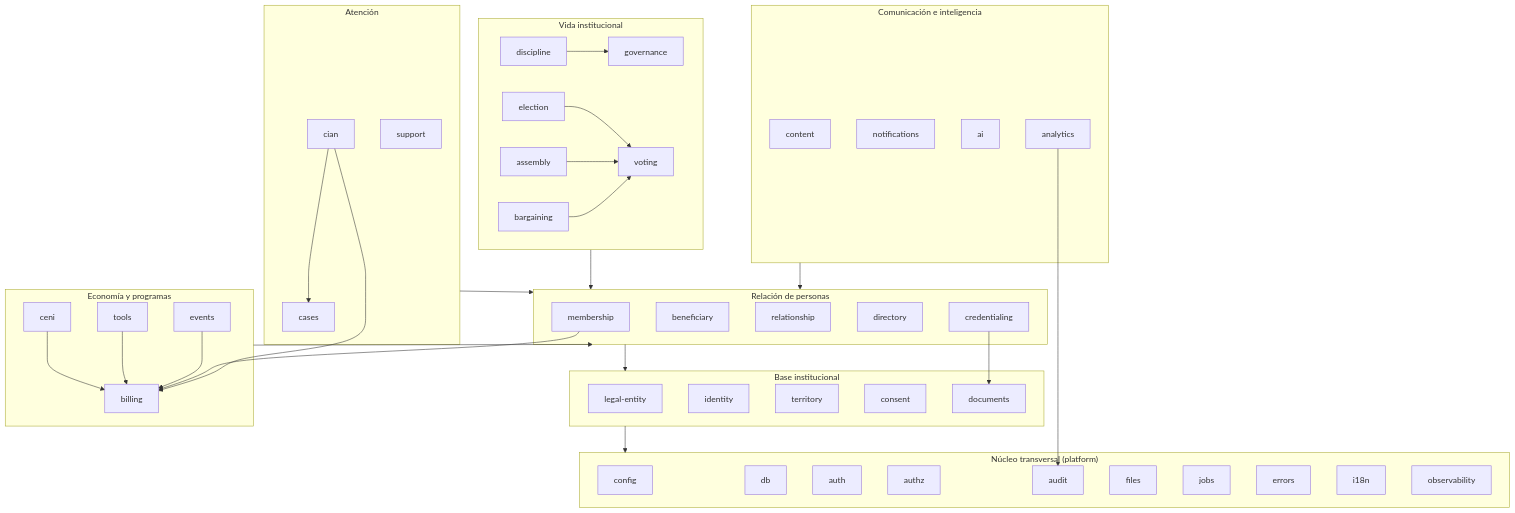
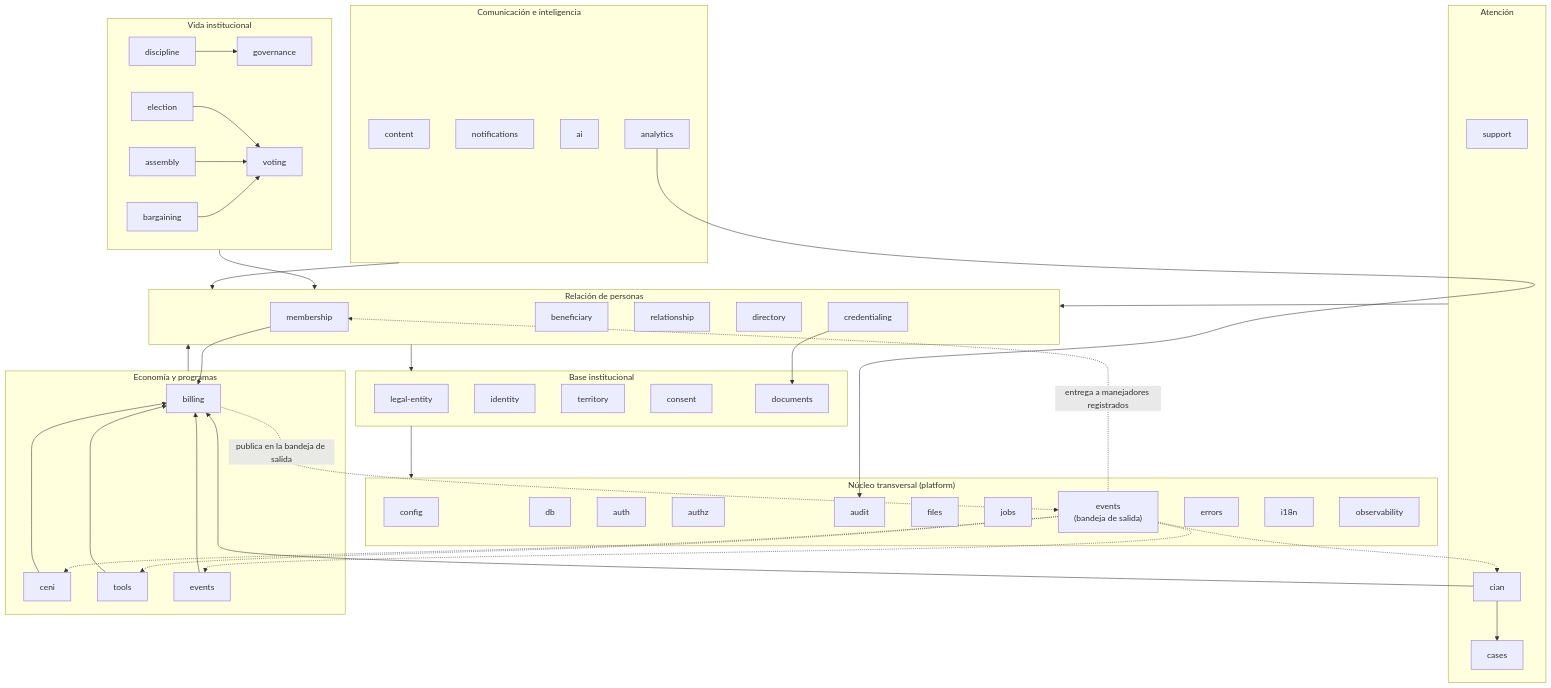
Before and after one commit to Alianza-Indigo/fuerza_indigo: the second of 7 diagrams in docs/ARCHITECTURE.md, drawn with Mermaid. The commit also changed other lines of this file and 14 other files, not shown here.

````diff
--- a/docs/ARCHITECTURE.md
+++ b/docs/ARCHITECTURE.md
@@ -97,6 +97,7 @@
         AUDIT["audit"]
         FILES["files"]
         JOBS["jobs"]
+        EVENTBUS["events<br/>(bandeja de salida)"]
         ERRORS["errors"]
         I18N["i18n"]
         OBS["observability"]
@@ -165,4 +166,10 @@
     CIAN --> BILLING
     CREDENTIALING --> DOCS
     ANALYTICS --> AUDIT
+    BILLING -.->|"publica en la bandeja de salida"| EVENTBUS
+    EVENTBUS -.->|"entrega a manejadores registrados"| MEMBERSHIP
+    EVENTBUS -.->|" "| TOOLS
+    EVENTBUS -.->|" "| CIAN
+    EVENTBUS -.->|" "| CENI
+    EVENTBUS -.->|" "| EVENTS
 ```
````
